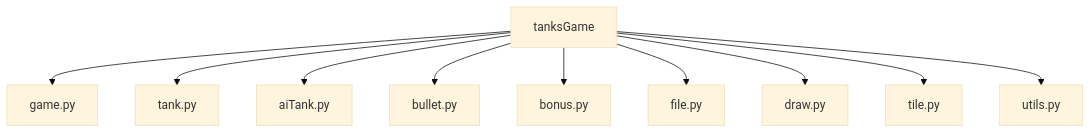
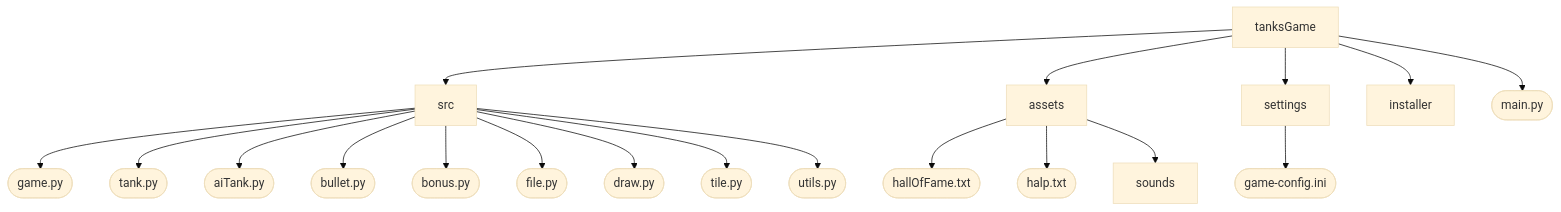
The first of 3 diagrams in README.en.md (rzymski/TanksBattleGame), drawn with Mermaid (base theme) before and after one commit. The commit also changed other lines of this file and 1 other file, not shown here.

````diff
--- a/README.en.md
+++ b/README.en.md
@@ -219,12 +229,21 @@
 ```mermaid
 graph TD;
-    A[tanksGame]-->G[game.py];
-    A-->T[tank.py];
-    A-->AI[aiTank.py];
-    A-->BL[bullet.py];
-    A-->BS[bonus.py];
-    A-->F[file.py];
-    A-->D[draw.py];
-    A-->TL[tile.py];
-    A-->U[utils.py];
+    T[tanksGame]-->S[src];
+    S-->G([game.py]);
+    S-->TK([tank.py]);
+    S-->AI([aiTank.py]);
+    S-->BL([bullet.py]);
+    S-->BS([bonus.py]);
+    S-->F([file.py]);
+    S-->D([draw.py]);
+    S-->TL([tile.py]);
+    S-->U([utils.py]);
+    T-->A[assets];
+    A-->HF([hallOfFame.txt]);
+    A-->HP([halp.txt]);
+    A-->SS[sounds];
+    T-->ST[settings];
+    ST-->GC([game-config.ini]);
+    T-->I[installer];
+    T-->M([main.py]);
 ```
````
